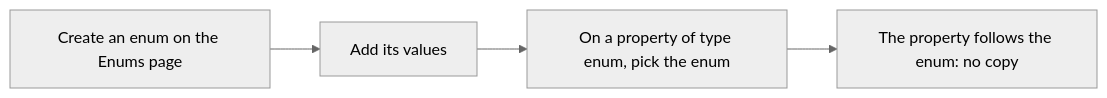
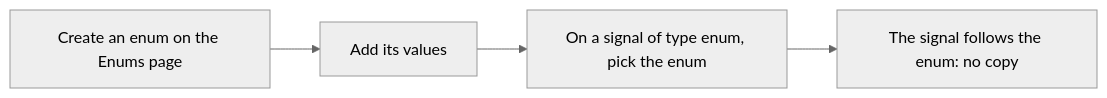
One commit to AlexandreGallais/synoptic-studio-spec changed the second of 2 diagrams in metadata/06-enums.md. Above: the diagram before and after it, drawn with Mermaid (neutral theme). The commit also changed other lines of this file and 18 other files, not shown here.

````diff
--- a/metadata/06-enums.md
+++ b/metadata/06-enums.md
@@ -30,6 +30,6 @@
 ```mermaid
 flowchart LR
     A["Create an enum on the Enums page"] --> B["Add its values"]
-    B --> C["On a property of type enum, pick the enum"]
-    C --> D["The property follows the enum: no copy"]
+    B --> C["On a signal of type enum, pick the enum"]
+    C --> D["The signal follows the enum: no copy"]
 ```
````
